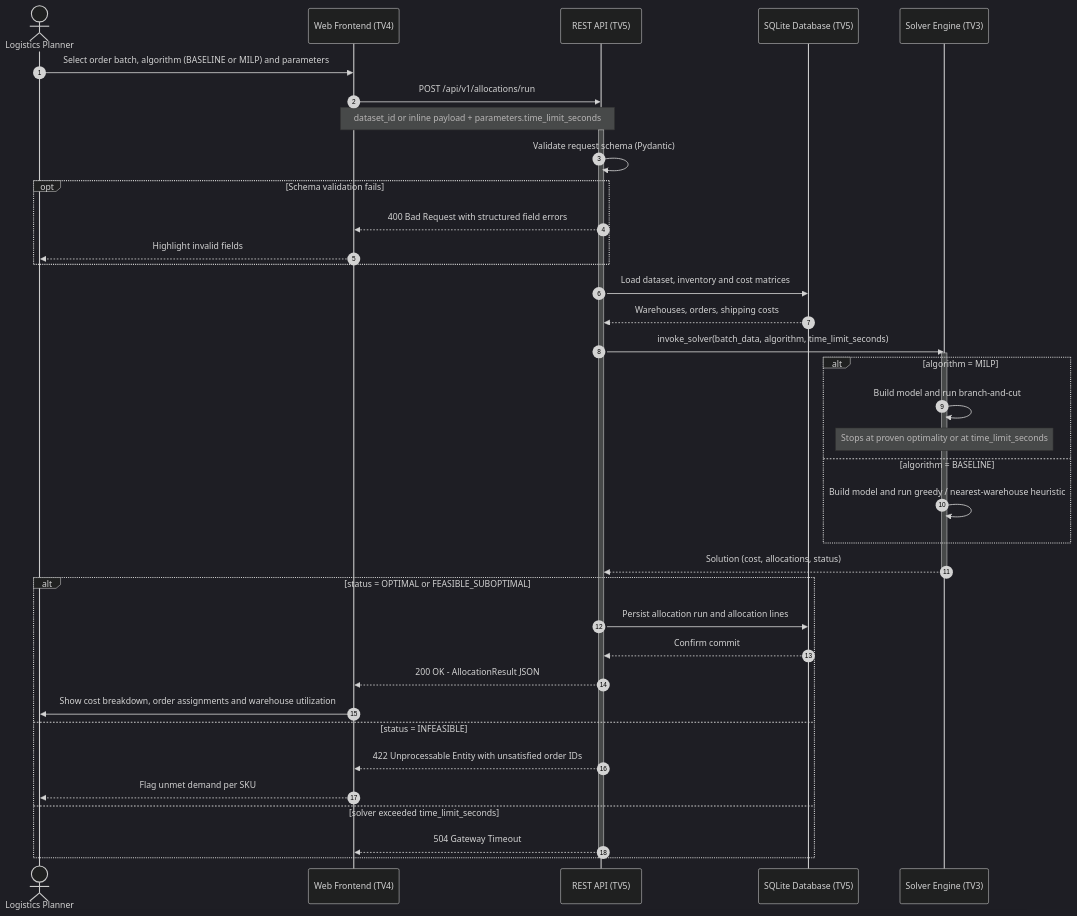
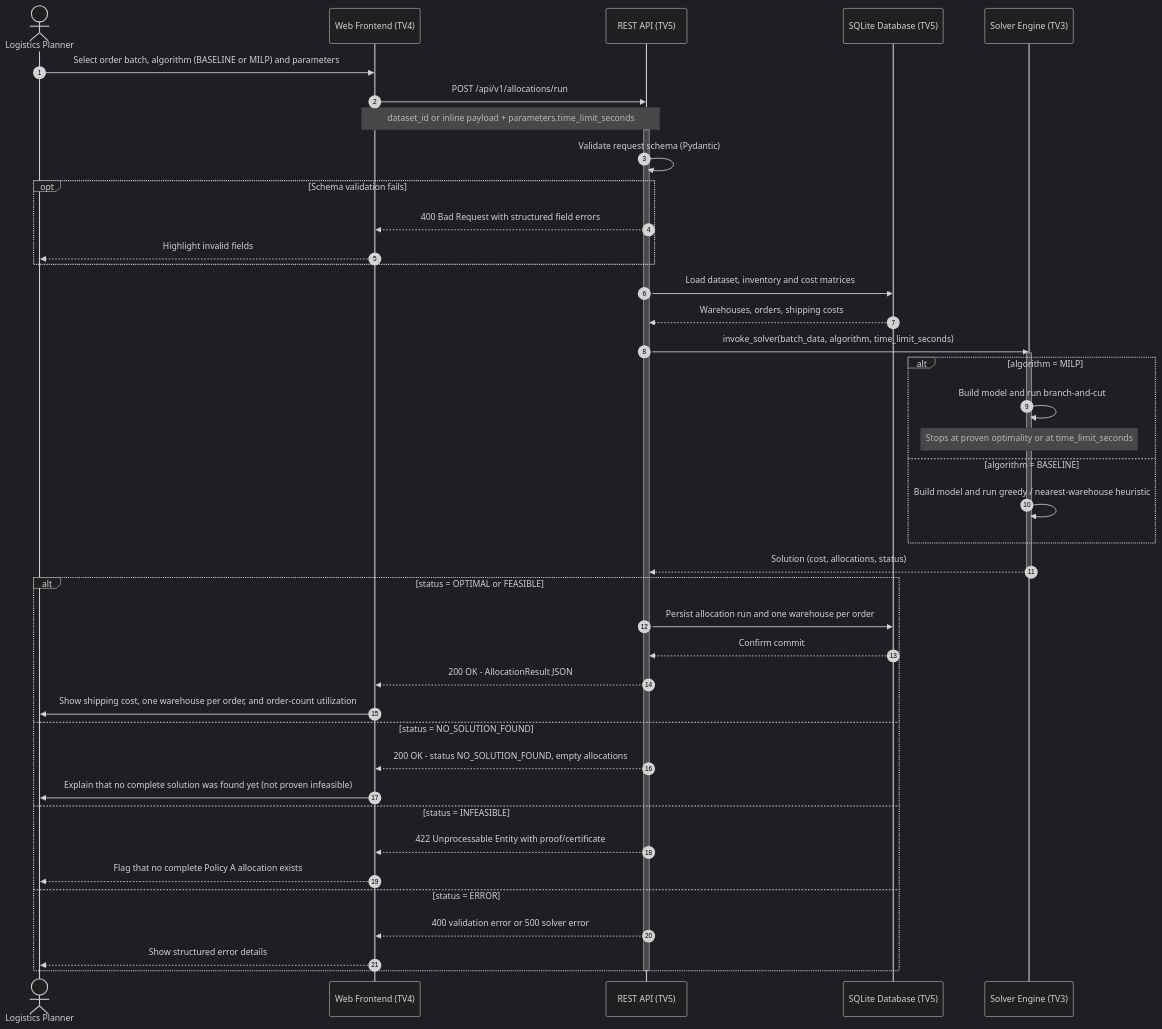
Before and after one commit to NTbankey1/LogiMind: the second of 2 diagrams in docs/architecture.md, drawn with Mermaid (dark theme). The commit also changed other lines of this file and 13 other files, not shown here.

````diff
--- a/docs/architecture.md
+++ b/docs/architecture.md
@@ -91,48 +92,52 @@
 ```mermaid
 sequenceDiagram
     autonumber
 
     actor User as Logistics Planner
     participant FE as Web Frontend (TV4)
     participant BE as REST API (TV5)
     participant DB as SQLite Database (TV5)
     participant SOLVER as Solver Engine (TV3)
 
     User->>FE: Select order batch, algorithm (BASELINE or MILP) and parameters
     FE->>BE: POST /api/v1/allocations/run
     Note over FE,BE: dataset_id or inline payload + parameters.time_limit_seconds
 
     activate BE
     BE->>BE: Validate request schema (Pydantic)
     opt Schema validation fails
         BE-->>FE: 400 Bad Request with structured field errors
         FE-->>User: Highlight invalid fields
     end
 
     BE->>DB: Load dataset, inventory and cost matrices
     DB-->>BE: Warehouses, orders, shipping costs
 
     BE->>SOLVER: invoke_solver(batch_data, algorithm, time_limit_seconds)
     activate SOLVER
     alt algorithm = MILP
         SOLVER->>SOLVER: Build model and run branch-and-cut
         Note over SOLVER: Stops at proven optimality or at time_limit_seconds
     else algorithm = BASELINE
         SOLVER->>SOLVER: Build model and run greedy / nearest-warehouse heuristic
     end
     SOLVER-->>BE: Solution (cost, allocations, status)
     deactivate SOLVER
 
-    alt status = OPTIMAL or FEASIBLE_SUBOPTIMAL
-        BE->>DB: Persist allocation run and allocation lines
+    alt status = OPTIMAL or FEASIBLE
+        BE->>DB: Persist allocation run and one warehouse per order
         DB-->>BE: Confirm commit
         BE-->>FE: 200 OK - AllocationResult JSON
-        FE->>User: Show cost breakdown, order assignments and warehouse utilization
+        FE->>User: Show shipping cost, one warehouse per order, and order-count utilization
+    else status = NO_SOLUTION_FOUND
+        BE-->>FE: 200 OK - status NO_SOLUTION_FOUND, empty allocations
+        FE->>User: Explain that no complete solution was found yet (not proven infeasible)
     else status = INFEASIBLE
-        BE-->>FE: 422 Unprocessable Entity with unsatisfied order IDs
-        FE-->>User: Flag unmet demand per SKU
-    else solver exceeded time_limit_seconds
-        BE-->>FE: 504 Gateway Timeout
+        BE-->>FE: 422 Unprocessable Entity with proof/certificate
+        FE-->>User: Flag that no complete Policy A allocation exists
+    else status = ERROR
+        BE-->>FE: 400 validation error or 500 solver error
+        FE-->>User: Show structured error details
     end
     deactivate BE
 ```
````
